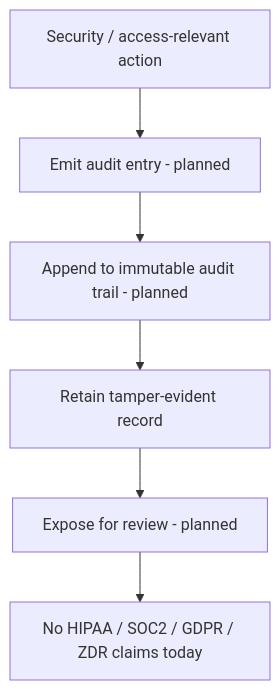
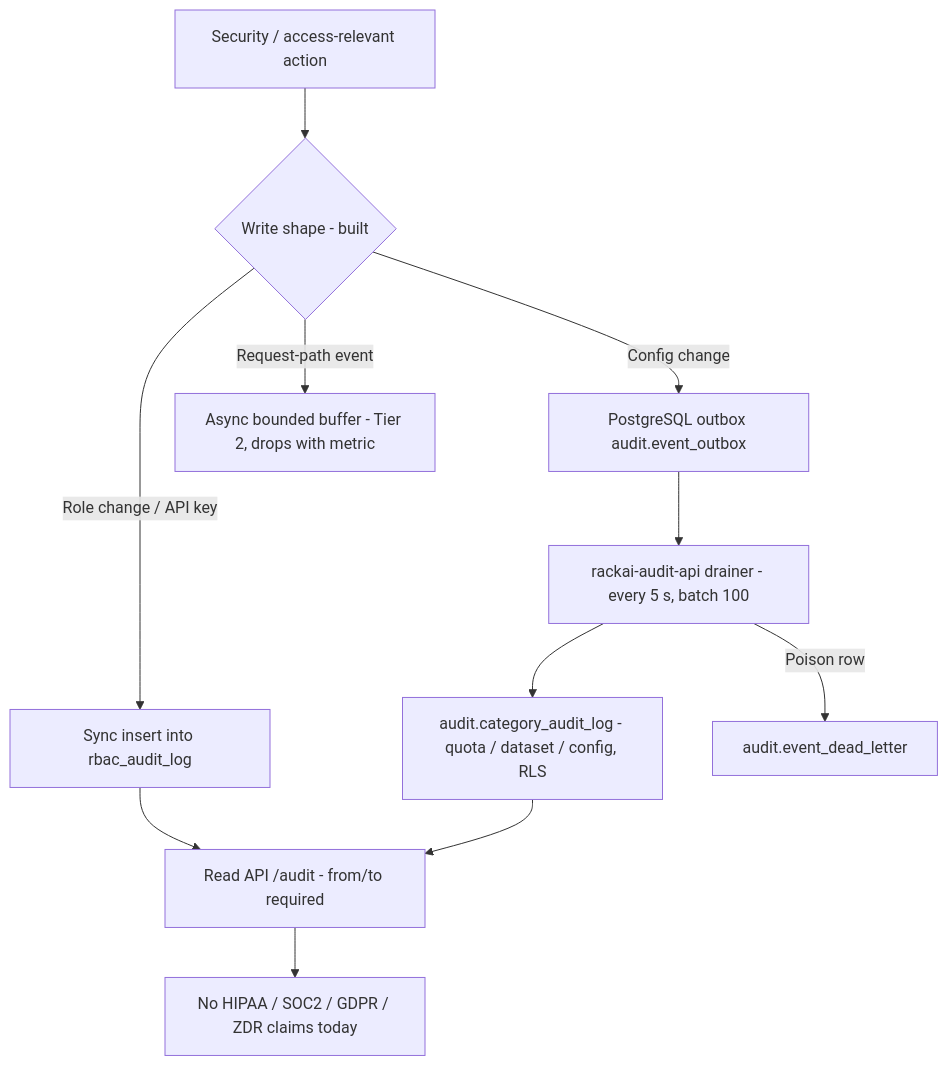
The diagram in 02-operations/workflows/Audit.md (eak-mentraAI/rxt_rackai_wiki), drawn with Mermaid before and after one commit. The commit also changed other lines of this file and 46 other files, not shown here.

First line of the commit message:
Add tech-spec standard, PRD v2, roadmap PRD links, and approved PRD A

````diff
--- a/02-operations/workflows/Audit.md
+++ b/02-operations/workflows/Audit.md
@@ -28,8 +28,13 @@
 ```mermaid
 flowchart TD
-    A[Security / access-relevant action] --> B[Emit audit entry - planned]
-    B --> C[Append to immutable audit trail - planned]
-    C --> D[Retain tamper-evident record]
-    D --> E[Expose for review - planned]
-    E --> F[No HIPAA / SOC2 / GDPR / ZDR claims today]
+    A[Security / access-relevant action] --> B{Write shape - built}
+    B -->|Role change / API key| C[Sync insert into rbac_audit_log]
+    B -->|Config change| D[PostgreSQL outbox audit.event_outbox]
+    B -->|Request-path event| E[Async bounded buffer - Tier 2, drops with metric]
+    D --> F[rackai-audit-api drainer - every 5 s, batch 100]
+    F --> G[audit.category_audit_log - quota / dataset / config, RLS]
+    F -->|Poison row| H[audit.event_dead_letter]
+    C --> I[Read API /audit - from/to required]
+    G --> I
+    I --> J[No HIPAA / SOC2 / GDPR / ZDR claims today]
 ```
````
